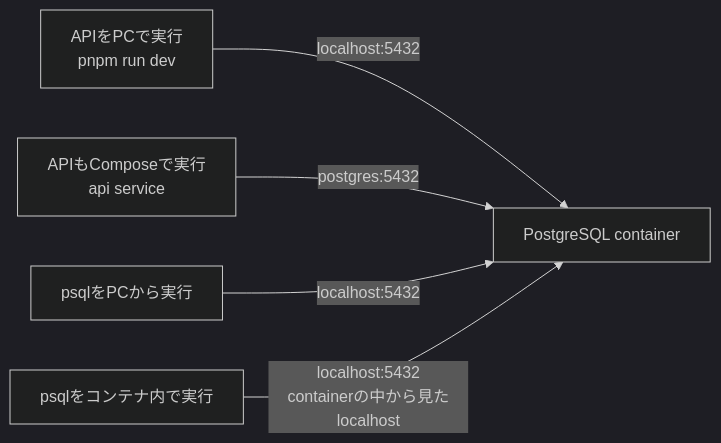
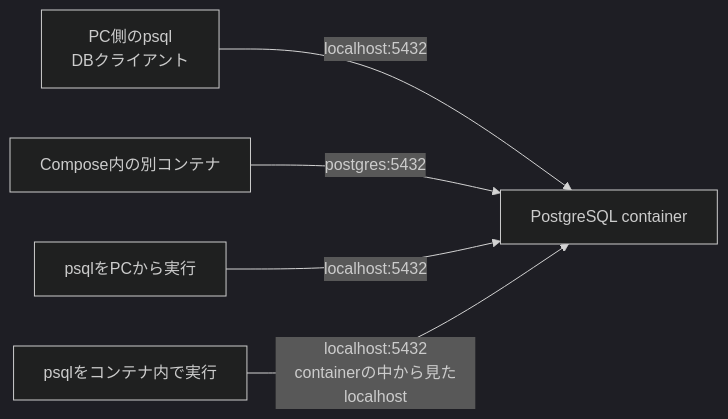
The second of 2 diagrams in cloudflare-site/src/content/docs/docker/database_compose.md (dik-ab/school-curriculum-platform), drawn with Mermaid (dark theme) before and after one commit. The commit also changed other lines of this file, not shown here.

Commit message:
Remove API assumptions from Compose DB lesson

````diff
--- a/cloudflare-site/src/content/docs/docker/database_compose.md
+++ b/cloudflare-site/src/content/docs/docker/database_compose.md
@@ -389,7 +389,7 @@
 ```mermaid
 flowchart LR
-    A["APIをPCで実行<br>pnpm run dev"] -->|"localhost:5432"| B["PostgreSQL container"]
-    C["APIもComposeで実行<br>api service"] -->|"postgres:5432"| B
+    A["PC側のpsql<br>DBクライアント"] -->|"localhost:5432"| B["PostgreSQL container"]
+    C["Compose内の別コンテナ"] -->|"postgres:5432"| B
     D["psqlをPCから実行"] -->|"localhost:5432"| B
     E["psqlをコンテナ内で実行"] -->|"localhost:5432<br>containerの中から見たlocalhost"| B
 ```
````
